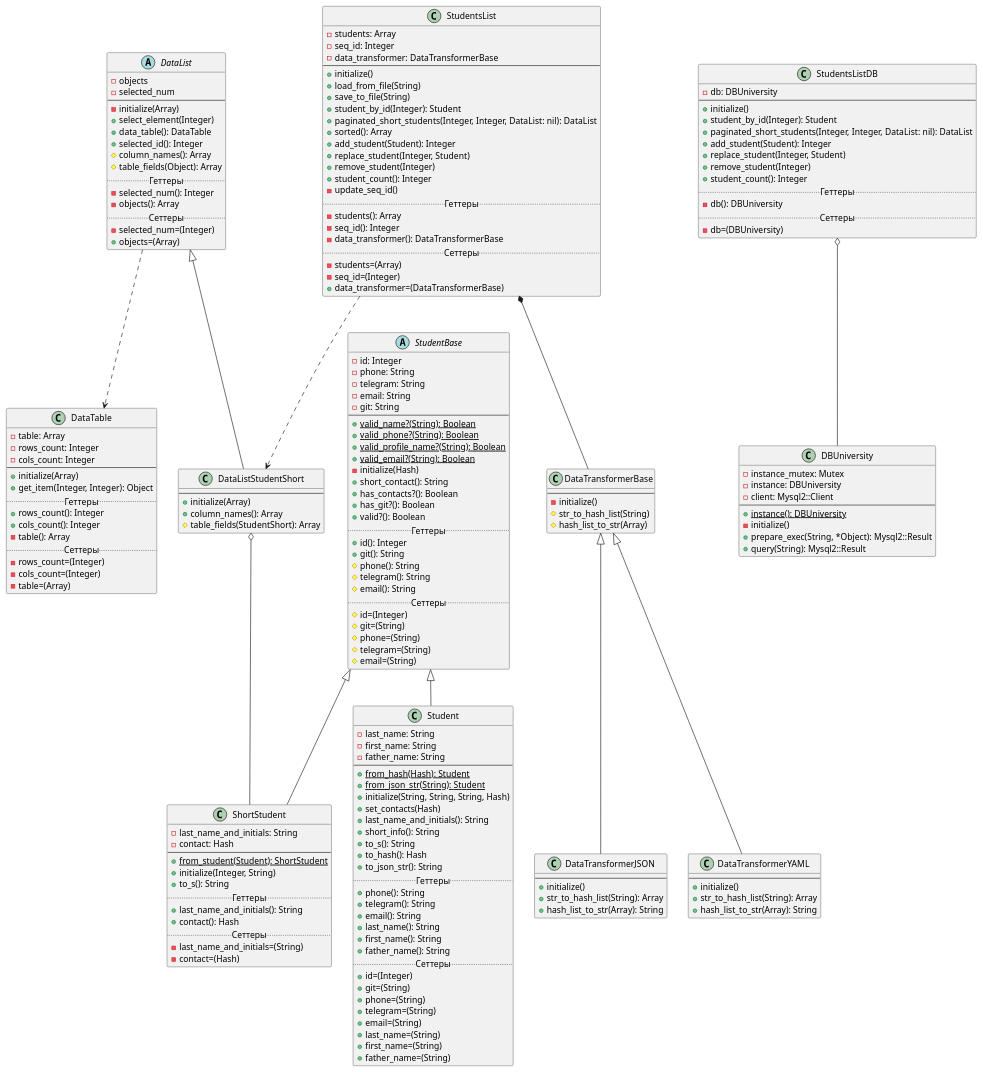
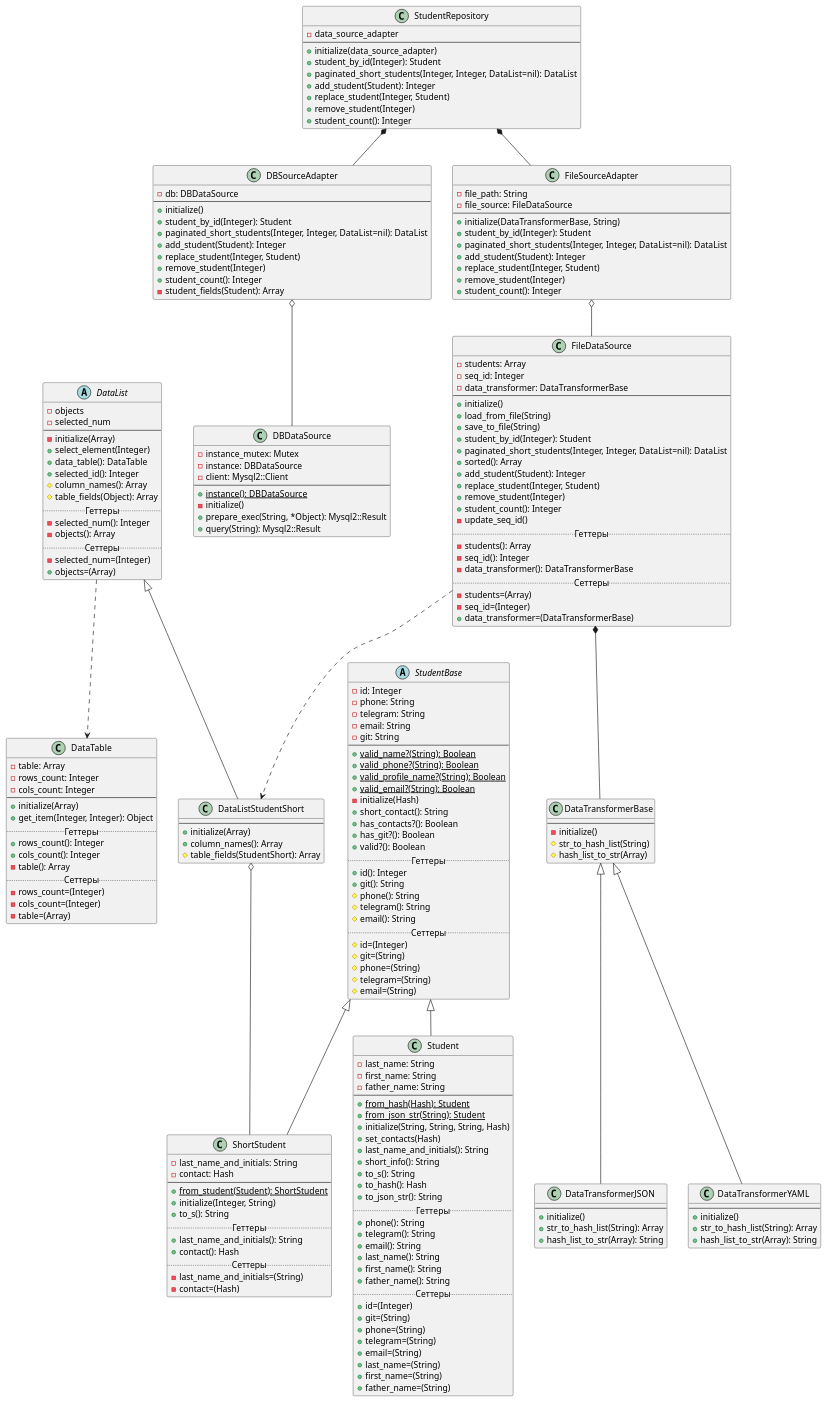
Before and after one commit to r1411/PatternsLabs: the diagram in Diagrams/lab2.puml, drawn with PlantUML. The commit also changed 10 other files, not shown here.

```diff
--- a/Diagrams/lab2.puml
+++ b/Diagrams/lab2.puml
@@ -2,10 +2,13 @@
 'https://plantuml.com/class-diagram
 
 DataList ..> DataTable
-StudentsList *-- DataTransformerBase
-StudentsList ..> DataListStudentShort
+FileDataSource *-- DataTransformerBase
+FileDataSource ..> DataListStudentShort
 DataListStudentShort o-- ShortStudent
-StudentsListDB o-- DBUniversity
+DBSourceAdapter o-- DBDataSource
+FileSourceAdapter o-- FileDataSource
+StudentRepository *-- DBSourceAdapter
+StudentRepository *-- FileSourceAdapter
 
 abstract class StudentBase {
     -id: Integer
@@ -126,32 +129,6 @@
     #table_fields(StudentShort): Array
 }
 
-class StudentsList {
-    -students: Array
-    -seq_id: Integer
-    -data_transformer: DataTransformerBase
-    --
-    +initialize()
-    +load_from_file(String)
-    +save_to_file(String)
-    +student_by_id(Integer): Student
-    +paginated_short_students(Integer, Integer, DataList: nil): DataList
-    +sorted(): Array
-    +add_student(Student): Integer
-    +replace_student(Integer, Student)
-    +remove_student(Integer)
-    +student_count(): Integer
-    -update_seq_id()
-    .. Геттеры ..
-    -students(): Array
-    -seq_id(): Integer
-    -data_transformer(): DataTransformerBase
-    .. Сеттеры ..
-    -students=(Array)
-    -seq_id=(Integer)
-    +data_transformer=(DataTransformerBase)
-}
-
 class DataTransformerBase {
     --
     -initialize()
@@ -173,31 +150,79 @@
     +hash_list_to_str(Array): String
 }
 
-class DBUniversity {
+class DBDataSource {
     -instance_mutex: Mutex
-    -instance: DBUniversity
+    -instance: DBDataSource
     -client: Mysql2::Client
     --
-    +{static}instance(): DBUniversity
+    +{static}instance(): DBDataSource
     -initialize()
     +prepare_exec(String, *Object): Mysql2::Result
     +query(String): Mysql2::Result
 }
 
-class StudentsListDB {
-    -db: DBUniversity
+class FileDataSource {
+    -students: Array
+    -seq_id: Integer
+    -data_transformer: DataTransformerBase
     --
     +initialize()
+    +load_from_file(String)
+    +save_to_file(String)
     +student_by_id(Integer): Student
-    +paginated_short_students(Integer, Integer, DataList: nil): DataList
+    +paginated_short_students(Integer, Integer, DataList=nil): DataList
+    +sorted(): Array
     +add_student(Student): Integer
     +replace_student(Integer, Student)
     +remove_student(Integer)
     +student_count(): Integer
+    -update_seq_id()
     .. Геттеры ..
-    -db(): DBUniversity
+    -students(): Array
+    -seq_id(): Integer
+    -data_transformer(): DataTransformerBase
     .. Сеттеры ..
-    -db=(DBUniversity)
+    -students=(Array)
+    -seq_id=(Integer)
+    +data_transformer=(DataTransformerBase)
+}
+
+class DBSourceAdapter {
+    -db: DBDataSource
+    --
+    +initialize()
+    +student_by_id(Integer): Student
+    +paginated_short_students(Integer, Integer, DataList=nil): DataList
+    +add_student(Student): Integer
+    +replace_student(Integer, Student)
+    +remove_student(Integer)
+    +student_count(): Integer
+    -student_fields(Student): Array
+}
+
+class FileSourceAdapter {
+    -file_path: String
+    -file_source: FileDataSource
+    --
+    +initialize(DataTransformerBase, String)
+    +student_by_id(Integer): Student
+    +paginated_short_students(Integer, Integer, DataList=nil): DataList
+    +add_student(Student): Integer
+    +replace_student(Integer, Student)
+    +remove_student(Integer)
+    +student_count(): Integer
+}
+
+class StudentRepository {
+    -data_source_adapter
+    --
+    +initialize(data_source_adapter)
+    +student_by_id(Integer): Student
+    +paginated_short_students(Integer, Integer, DataList=nil): DataList
+    +add_student(Student): Integer
+    +replace_student(Integer, Student)
+    +remove_student(Integer)
+    +student_count(): Integer
 }
 
 @enduml
```
